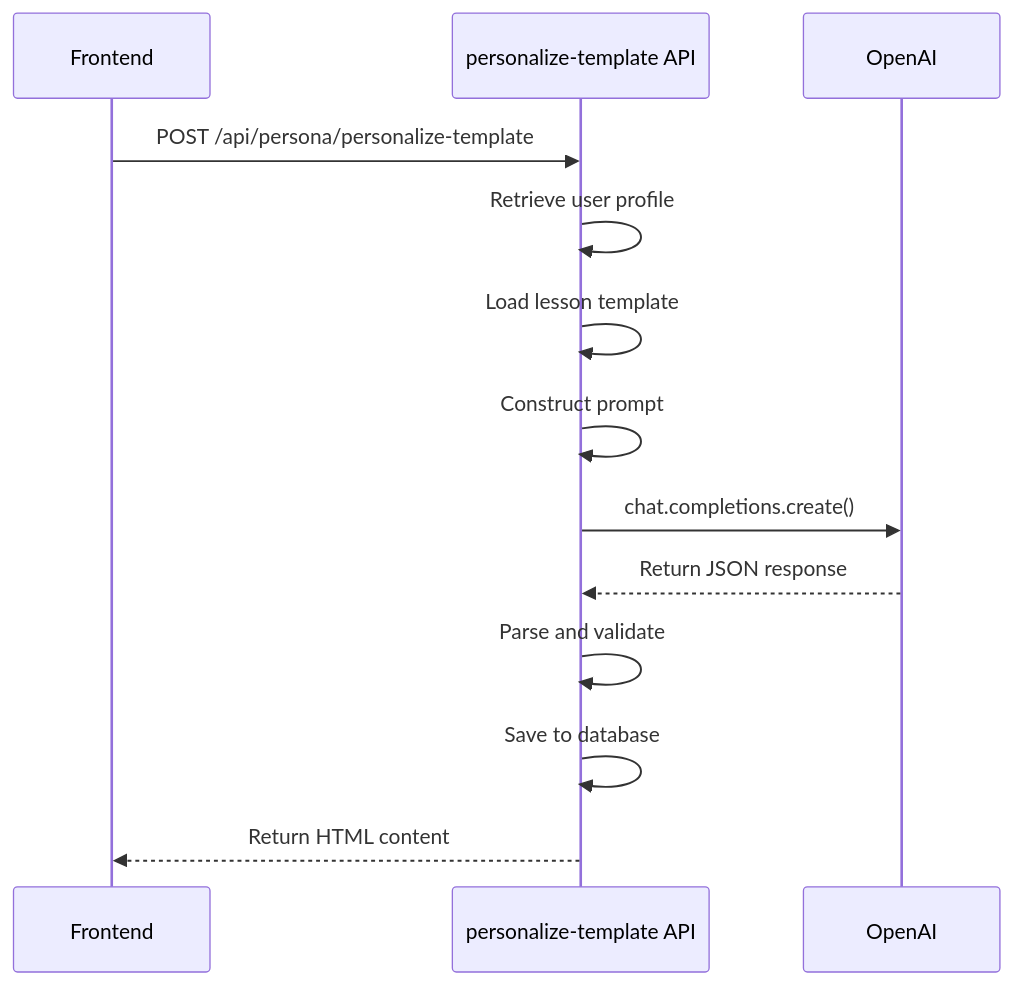
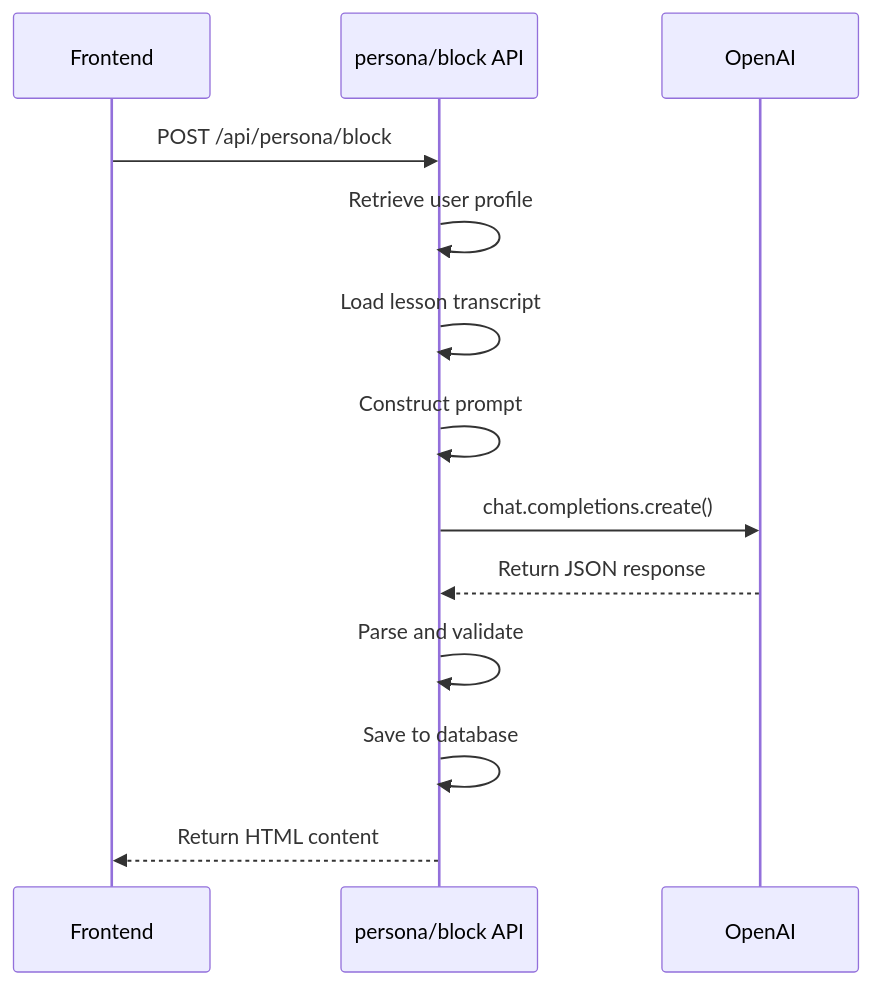
The second of 3 diagrams in .qoder/repowiki/en/content/Personalization Engine/AI Processing Workflow.md (lommaks777/pesonalisev2), drawn with Mermaid before and after one commit. The commit also changed other lines of this file and 42 other files, not shown here.

````diff
--- a/.qoder/repowiki/en/content/Personalization Engine/AI Processing Workflow.md
+++ b/.qoder/repowiki/en/content/Personalization Engine/AI Processing Workflow.md
@@ -113,15 +123,15 @@
 ```mermaid
 sequenceDiagram
 participant Frontend
-participant API as personalize-template API
+participant API as persona/block API
 participant OpenAI
-Frontend->>API : POST /api/persona/personalize-template
+Frontend->>API : POST /api/persona/block
 API->>API : Retrieve user profile
-API->>API : Load lesson template
+API->>API : Load lesson transcript
 API->>API : Construct prompt
 API->>OpenAI : chat.completions.create()
 OpenAI-->>API : Return JSON response
 API->>API : Parse and validate
 API->>API : Save to database
 API-->>Frontend : Return HTML content
 ```
````
